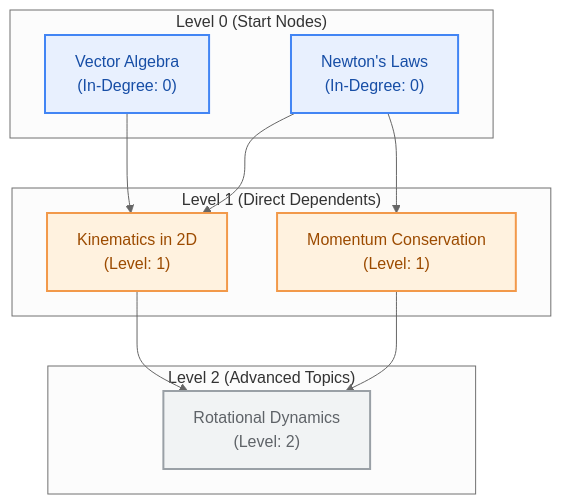
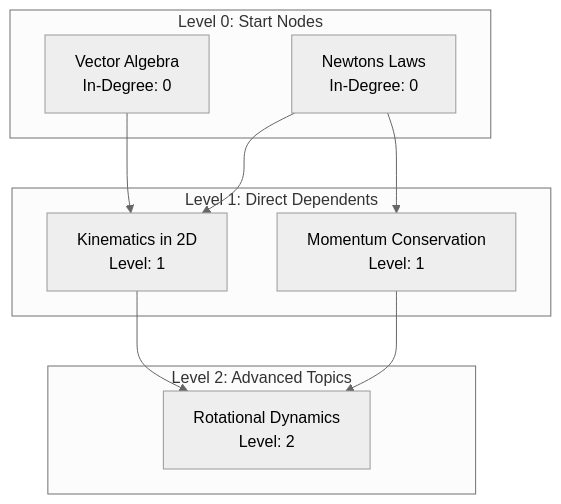
One commit to SiddheshNaidu/KDG changed the third of 4 diagrams in README.md. Above: the diagram before and after it, drawn with Mermaid (neutral theme). The commit also changed other lines of this file, not shown here.

Commit message:
Refine system architecture diagrams for clarity and consistency: improve rendering on GitHub, enhance labeling, and streamline flowchart elements.

````diff
--- a/README.md
+++ b/README.md
@@ -177,26 +179,22 @@
 ```mermaid
 flowchart TD
-    classDef startNode fill:#E8F0FE,stroke:#4285F4,stroke-width:2px,color:#174EA6;
-    classDef intermediate fill:#FFF2DF,stroke:#F2994A,stroke-width:2px,color:#9C4B00;
-    classDef locked fill:#F1F3F4,stroke:#9AA0A6,stroke-width:2px,color:#5F6368;
-
-    subgraph Level0["Level 0 (Start Nodes)"]
-        N1["Vector Algebra<br/>(In-Degree: 0)"]:::startNode
-        N2["Newton's Laws<br/>(In-Degree: 0)"]:::startNode
+    subgraph Level0 [Level 0: Start Nodes]
+        N1[Vector Algebra<br/>In-Degree: 0]
+        N2[Newtons Laws<br/>In-Degree: 0]
     end
 
-    subgraph Level1["Level 1 (Direct Dependents)"]
-        N3["Momentum Conservation<br/>(Level: 1)"]:::intermediate
-        N4["Kinematics in 2D<br/>(Level: 1)"]:::intermediate
+    subgraph Level1 [Level 1: Direct Dependents]
+        N3[Momentum Conservation<br/>Level: 1]
+        N4[Kinematics in 2D<br/>Level: 1]
     end
 
-    subgraph Level2["Level 2 (Advanced Topics)"]
-        N5["Rotational Dynamics<br/>(Level: 2)"]:::locked
+    subgraph Level2 [Level 2: Advanced Topics]
+        N5[Rotational Dynamics<br/>Level: 2]
     end
 
     N1 --> N4
     N2 --> N3
     N2 --> N4
     N3 --> N5
     N4 --> N5
 ```
````
